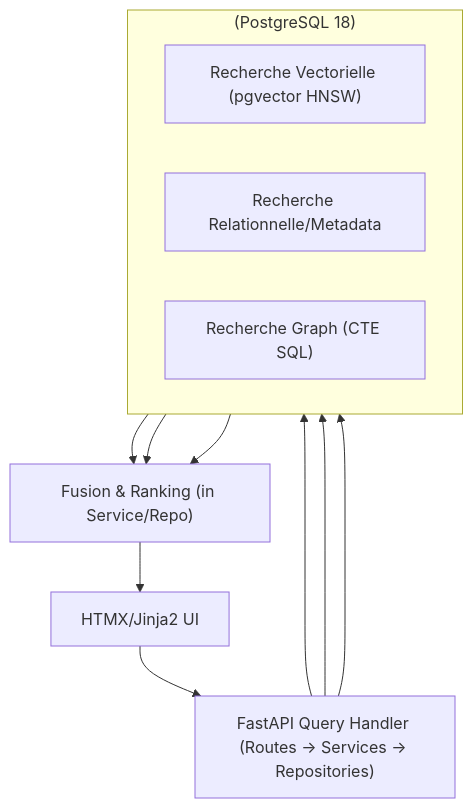
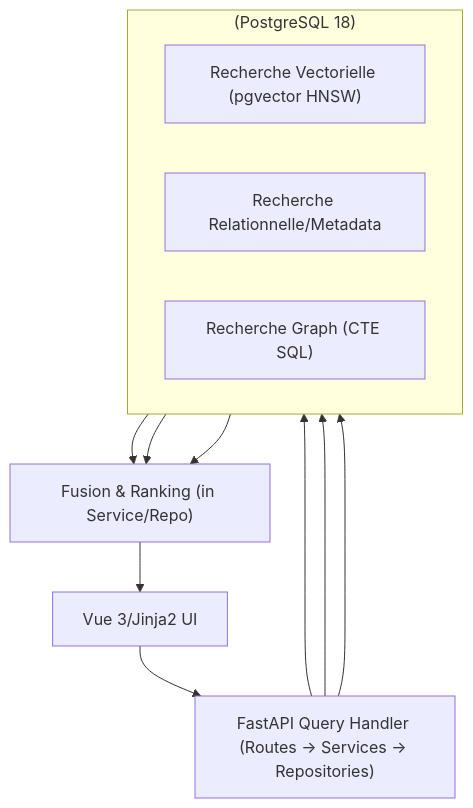
One commit to giak/mnemo-lite changed the second of 8 diagrams in docs/01_DECISIONS/DECISION_document_architecture.md. Above: the diagram before and after it, drawn with Mermaid. The commit also changed other lines of this file and 4 other files, not shown here.

````diff
--- a/docs/01_DECISIONS/DECISION_document_architecture.md
+++ b/docs/01_DECISIONS/DECISION_document_architecture.md
@@ -57,21 +57,21 @@
 ```mermaid
 flowchart TD
-  UI["HTMX/Jinja2 UI"] --> FastAPI_Query["FastAPI Query Handler (Routes -> Services -> Repositories)"]
+  UI["Vue 3/Jinja2 UI"] --> FastAPI_Query["FastAPI Query Handler (Routes -> Services -> Repositories)"]
   
   subgraph PostgreSQL_18 ["(PostgreSQL 18)"]
      direction LR
      PG_VectorSearch["Recherche Vectorielle (pgvector HNSW)"]
      PG_SQLSearch["Recherche Relationnelle/Metadata"]
      PG_GraphSearch["Recherche Graph (CTE SQL)"]
   end
 
   FastAPI_Query --> PG_VectorSearch
   FastAPI_Query --> PG_SQLSearch
   FastAPI_Query --> PG_GraphSearch
 
   PG_VectorSearch --> Fusion["Fusion & Ranking (in Service/Repo)"]
   PG_SQLSearch --> Fusion
   PG_GraphSearch --> Fusion
   
   Fusion --> UI
 ```
````
